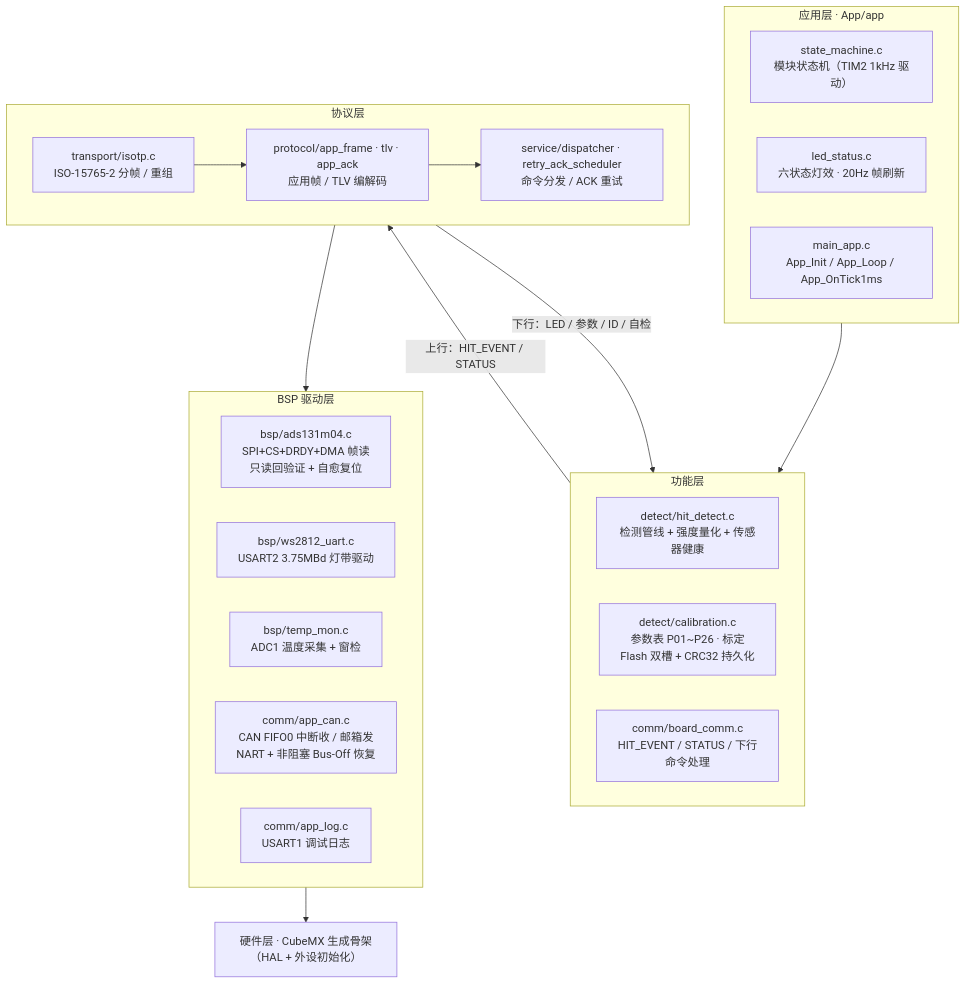
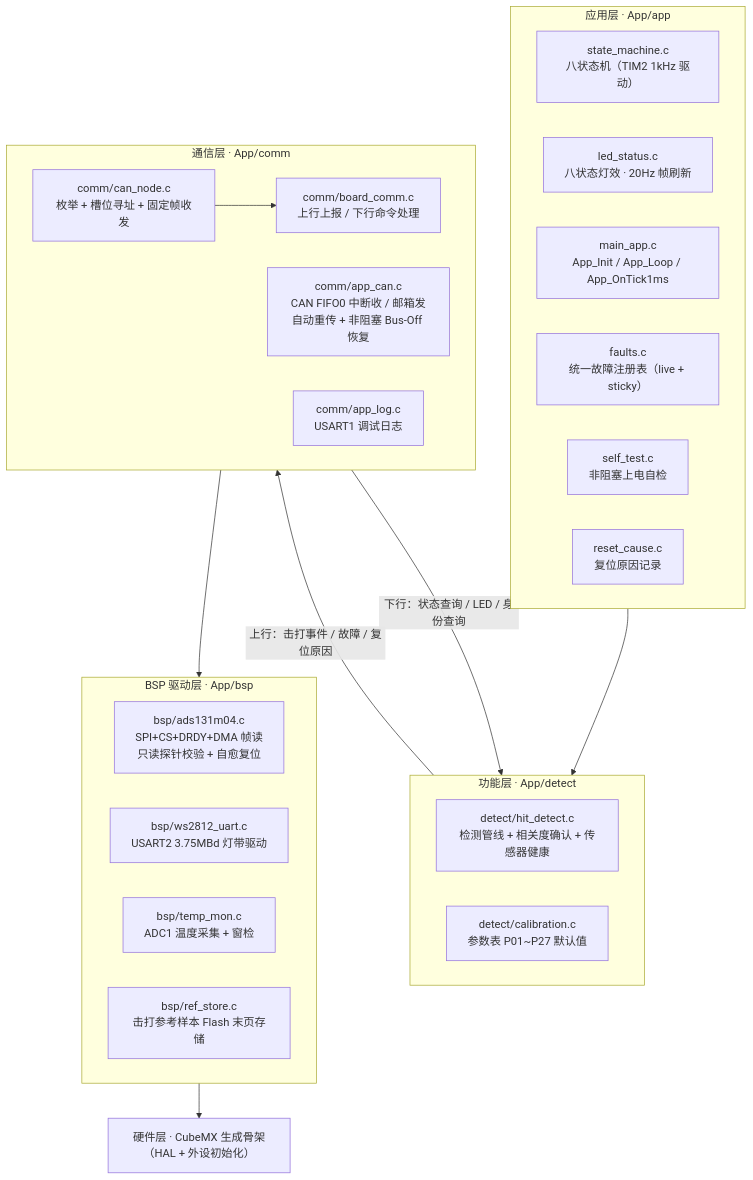
Before and after one commit to ZZ8874-001/Armor_Cmzy26_081: the second of 2 diagrams in Docs/装甲模块方案概述.md, drawn with Mermaid. The commit also changed other lines of this file and 25 other files, not shown here.

````diff
--- a/Docs/装甲模块方案概述.md
+++ b/Docs/装甲模块方案概述.md
@@ -110,32 +119,34 @@
 ```mermaid
 flowchart TB
     subgraph APP["应用层 · App/app"]
-        SM["state_machine.c<br/>模块状态机（TIM2 1kHz 驱动）"]
-        LS["led_status.c<br/>六状态灯效 · 20Hz 帧刷新"]
+        SM["state_machine.c<br/>八状态机（TIM2 1kHz 驱动）"]
+        LS["led_status.c<br/>八状态灯效 · 20Hz 帧刷新"]
         MA["main_app.c<br/>App_Init / App_Loop / App_OnTick1ms"]
+        FA["faults.c<br/>统一故障注册表（live + sticky）"]
+        ST["self_test.c<br/>非阻塞上电自检"]
+        RC["reset_cause.c<br/>复位原因记录"]
     end
-    subgraph FUNC["功能层"]
-        HD["detect/hit_detect.c<br/>检测管线 + 强度量化 + 传感器健康"]
-        CB["detect/calibration.c<br/>参数表 P01~P26 · 标定<br/>Flash 双槽 + CRC32 持久化"]
-        BC["comm/board_comm.c<br/>HIT_EVENT / STATUS / 下行命令处理"]
+    subgraph FUNC["功能层 · App/detect"]
+        HD["detect/hit_detect.c<br/>检测管线 + 相关度确认 + 传感器健康"]
+        CB["detect/calibration.c<br/>参数表 P01~P27 默认值"]
     end
-    subgraph PROTO["协议层"]
-        IT["transport/isotp.c<br/>ISO-15765-2 分帧 / 重组"]
-        PF["protocol/app_frame · tlv · app_ack<br/>应用帧 / TLV 编解码"]
-        SV["service/dispatcher · retry_ack_scheduler<br/>命令分发 / ACK 重试"]
-        IT --> PF --> SV
+    subgraph PROTO["通信层 · App/comm"]
+        CN["comm/can_node.c<br/>枚举 + 槽位寻址 + 固定帧收发"]
+        BC["comm/board_comm.c<br/>上行上报 / 下行命令处理"]
+        AC["comm/app_can.c<br/>CAN FIFO0 中断收 / 邮箱发<br/>自动重传 + 非阻塞 Bus-Off 恢复"]
+        AL["comm/app_log.c<br/>USART1 调试日志"]
+        CN --> BC
     end
-    subgraph BSP["BSP 驱动层"]
-        AD["bsp/ads131m04.c<br/>SPI+CS+DRDY+DMA 帧读<br/>只读回验证 + 自愈复位"]
+    subgraph BSP["BSP 驱动层 · App/bsp"]
+        AD["bsp/ads131m04.c<br/>SPI+CS+DRDY+DMA 帧读<br/>只读探针校验 + 自愈复位"]
         WU["bsp/ws2812_uart.c<br/>USART2 3.75MBd 灯带驱动"]
         TM["bsp/temp_mon.c<br/>ADC1 温度采集 + 窗检"]
-        AC["comm/app_can.c<br/>CAN FIFO0 中断收 / 邮箱发<br/>NART + 非阻塞 Bus-Off 恢复"]
-        AL["comm/app_log.c<br/>USART1 调试日志"]
+        RS["bsp/ref_store.c<br/>击打参考样本 Flash 末页存储"]
     end
     HW["硬件层 · CubeMX 生成骨架（HAL + 外设初始化）"]
 
     APP --> FUNC
-    FUNC -->|"上行：HIT_EVENT / STATUS"| PROTO
-    PROTO -->|"下行：LED / 参数 / ID / 自检"| FUNC
+    FUNC -->|"上行：击打事件 / 故障 / 复位原因"| PROTO
+    PROTO -->|"下行：状态查询 / LED / 身份查询"| FUNC
     PROTO --> BSP --> HW
 ```
````
